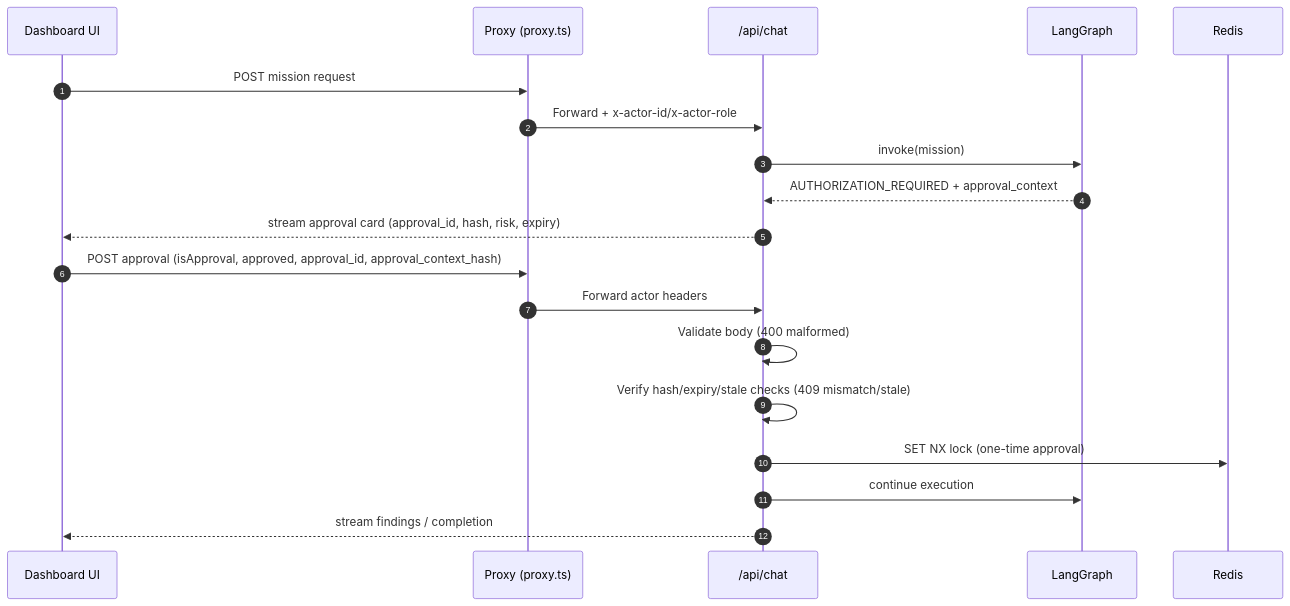
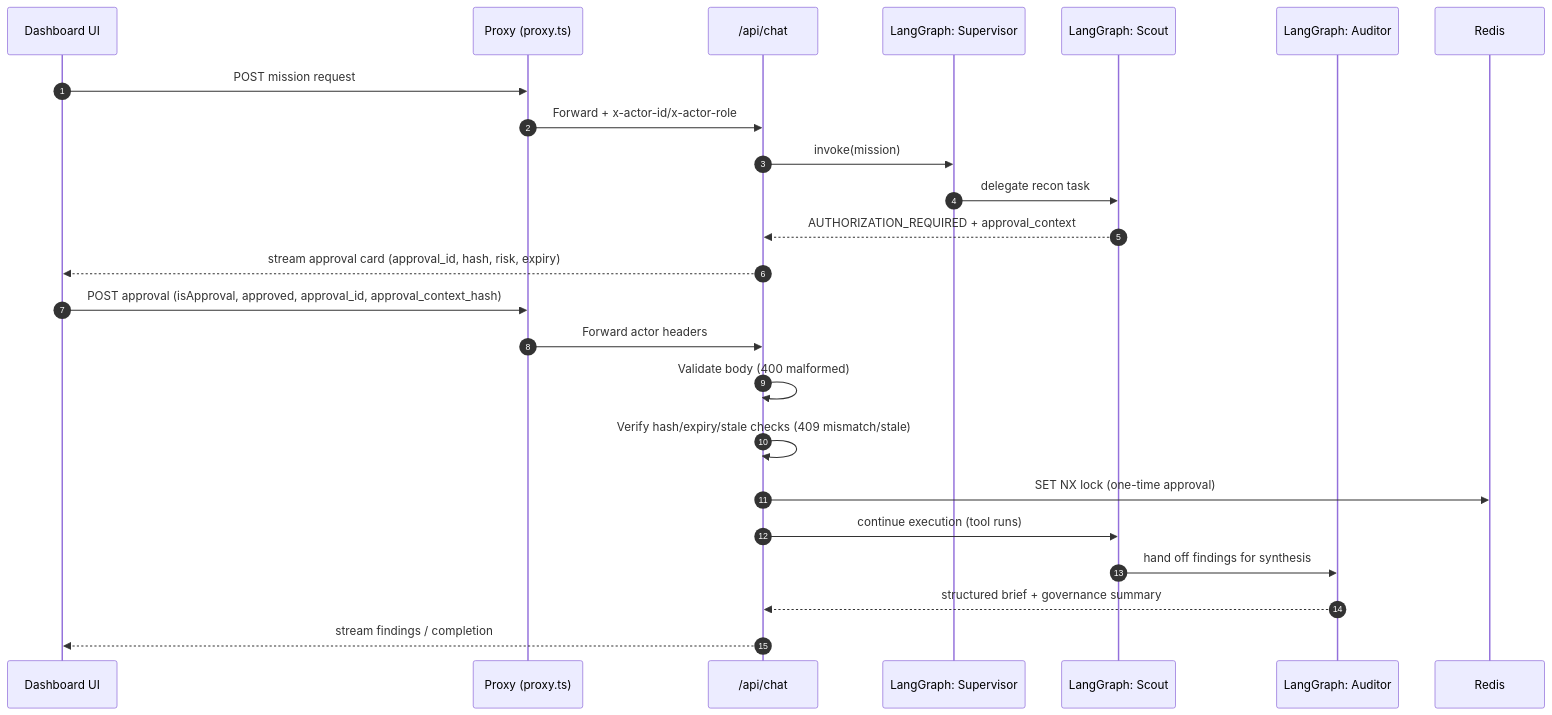
The first of 4 diagrams in docs/ARCHITECTURE_FLOWS.md (GeorgianaAI/vanguard-agent), drawn with Mermaid before and after one commit. The commit also changed 3 other files, not shown here.

````diff
--- a/docs/ARCHITECTURE_FLOWS.md
+++ b/docs/ARCHITECTURE_FLOWS.md
@@ -56,23 +56,28 @@
 ```mermaid
 sequenceDiagram
 autonumber
 participant UI as Dashboard UI
 participant MW as Proxy (proxy.ts)
 participant API as /api/chat
-participant G as LangGraph
+participant SUP as LangGraph: Supervisor
+participant SCT as LangGraph: Scout
+participant AUD as LangGraph: Auditor
 participant RS as Redis
 
 UI->>MW: POST mission request
 MW->>API: Forward + x-actor-id/x-actor-role
-API->>G: invoke(mission)
-G-->>API: AUTHORIZATION_REQUIRED + approval_context
+API->>SUP: invoke(mission)
+SUP->>SCT: delegate recon task
+SCT-->>API: AUTHORIZATION_REQUIRED + approval_context
 API-->>UI: stream approval card (approval_id, hash, risk, expiry)
 
 UI->>MW: POST approval (isApproval, approved, approval_id, approval_context_hash)
 MW->>API: Forward actor headers
 API->>API: Validate body (400 malformed)
 API->>API: Verify hash/expiry/stale checks (409 mismatch/stale)
 API->>RS: SET NX lock (one-time approval)
-API->>G: continue execution
+API->>SCT: continue execution (tool runs)
+SCT->>AUD: hand off findings for synthesis
+AUD-->>API: structured brief + governance summary
 API-->>UI: stream findings / completion
 ```
````
